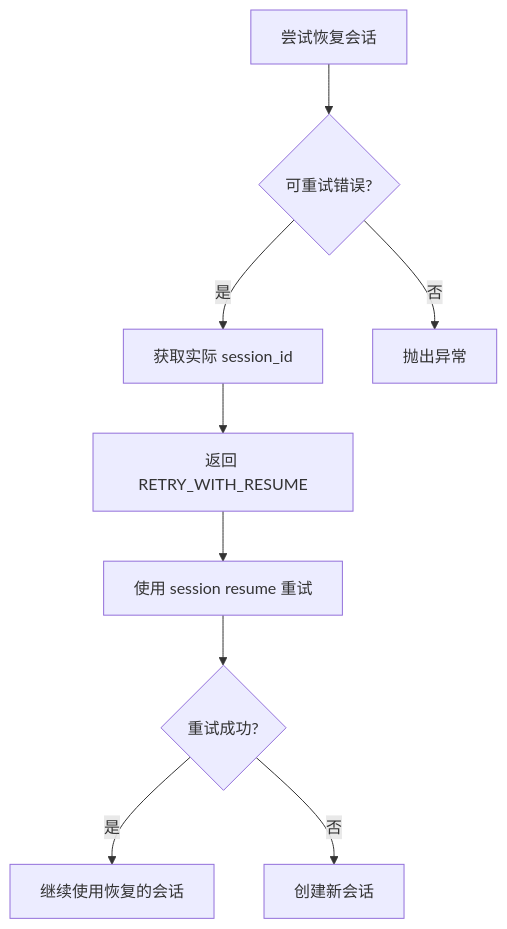
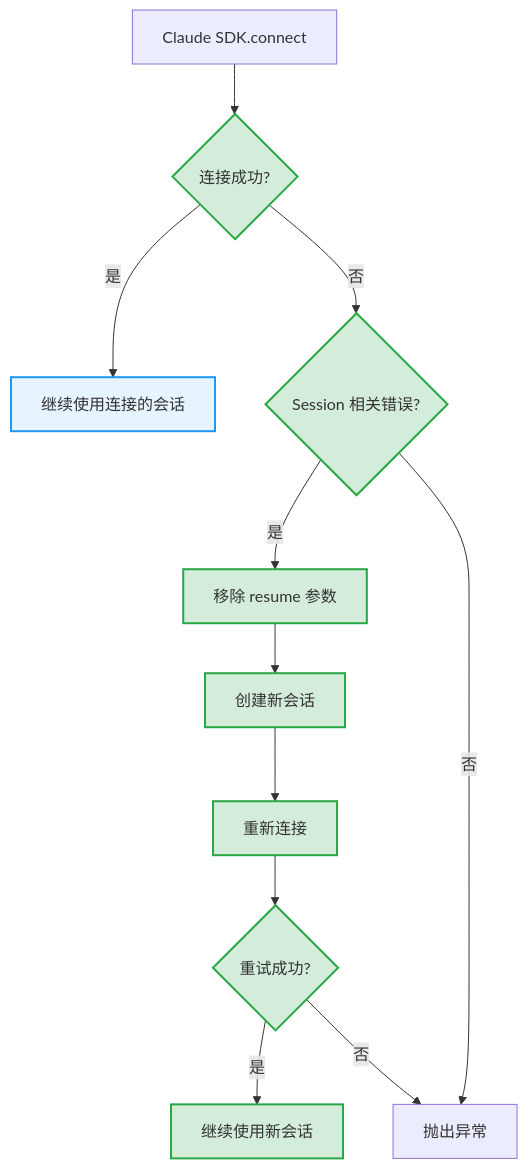
Before and after one commit to wecode-ai/Wegent: the ninth of 9 diagrams in docs/zh/features/task-restore.md, drawn with Mermaid. The commit also changed other lines of this file and 1 other file, not shown here.

````diff
--- a/docs/zh/features/task-restore.md
+++ b/docs/zh/features/task-restore.md
@@ -290,11 +435,16 @@
 ```mermaid
 flowchart TB
-    A[尝试恢复会话] --> B{可重试错误?}
-    B -->|是| C[获取实际 session_id]
-    C --> D[返回 RETRY_WITH_RESUME]
-    D --> E[使用 session resume 重试]
-    E --> F{重试成功?}
-    F -->|是| G[继续使用恢复的会话]
-    F -->|否| H[创建新会话]
-    B -->|否| I[抛出异常]
+    A[Claude SDK.connect] --> B{连接成功?}:::new
+    B -->|是| C[继续使用连接的会话]:::existing
+    B -->|否| D{Session 相关错误?}:::new
+    D -->|是| E[移除 resume 参数]:::new
+    D -->|否| F[抛出异常]
+    E --> G[创建新会话]:::new
+    G --> H[重新连接]:::new
+    H --> I{重试成功?}:::new
+    I -->|是| J[继续使用新会话]:::new
+    I -->|否| F
+
+    classDef existing fill:#e7f3ff,stroke:#2196f3,stroke-width:2px
+    classDef new fill:#d4edda,stroke:#28a745,stroke-width:2px
 ```
````
